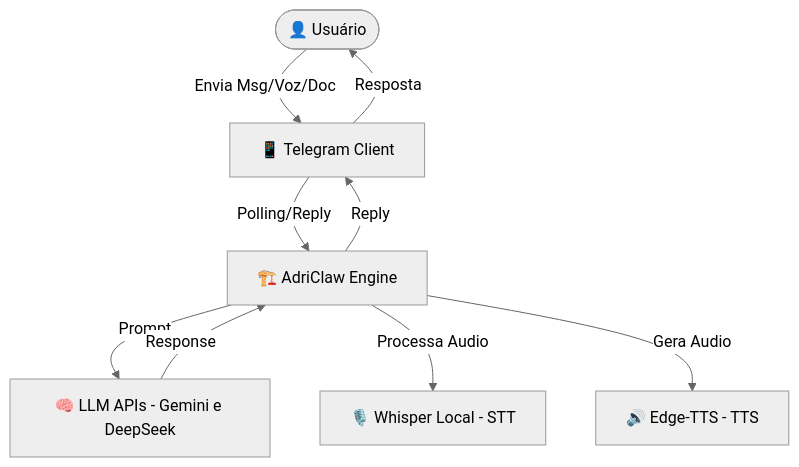
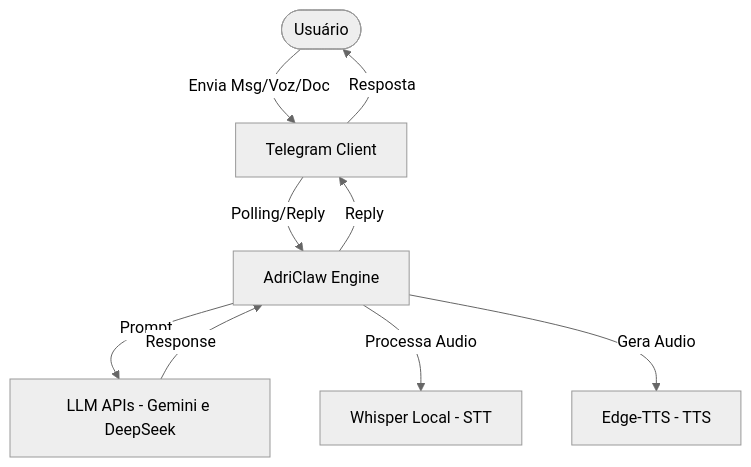
The first of 3 diagrams in README.md (Adriano1976/Agente_AdriClaw_Antigrevity), drawn with Mermaid (neutral theme) before and after one commit. The commit also changed other lines of this file, not shown here.

````diff
--- a/README.md
+++ b/README.md
@@ -49,19 +49,18 @@
 ```mermaid
 graph TB
-    User(["👤 Usuário"])
-    Telegram["📱 Telegram Client"]
-    System["🤖 Agente"]
-    System["🏗️ AdriClaw Engine"]
-    LLM["🧠 LLM APIs - Gemini e DeepSeek"]
-    Whisper["🎙️ Whisper Local - STT"]
-    EdgeTTS["🔊 Edge-TTS - TTS"]
+    User(["Usuário"])
+    Telegram["Telegram Client"]
+    System["AdriClaw Engine"]
+    LLM["LLM APIs - Gemini e DeepSeek"]
+    Whisper["Whisper Local - STT"]
+    EdgeTTS["Edge-TTS - TTS"]
 
-    User -->|Envia Msg/Voz/Doc| Telegram
-    Telegram -->|Polling/Reply| System
-    System -->|Reply| Telegram
-    Telegram -->|Resposta| User
-    System -->|Prompt| LLM
-    LLM -->|Response| System
-    System -->|Processa Audio| Whisper
-    System -->|Gera Audio| EdgeTTS
+    User -->|"Envia Msg/Voz/Doc"| Telegram
+    Telegram -->|"Polling/Reply"| System
+    System -->|"Reply"| Telegram
+    Telegram -->|"Resposta"| User
+    System -->|"Prompt"| LLM
+    LLM -->|"Response"| System
+    System -->|"Processa Audio"| Whisper
+    System -->|"Gera Audio"| EdgeTTS
 ```
````
